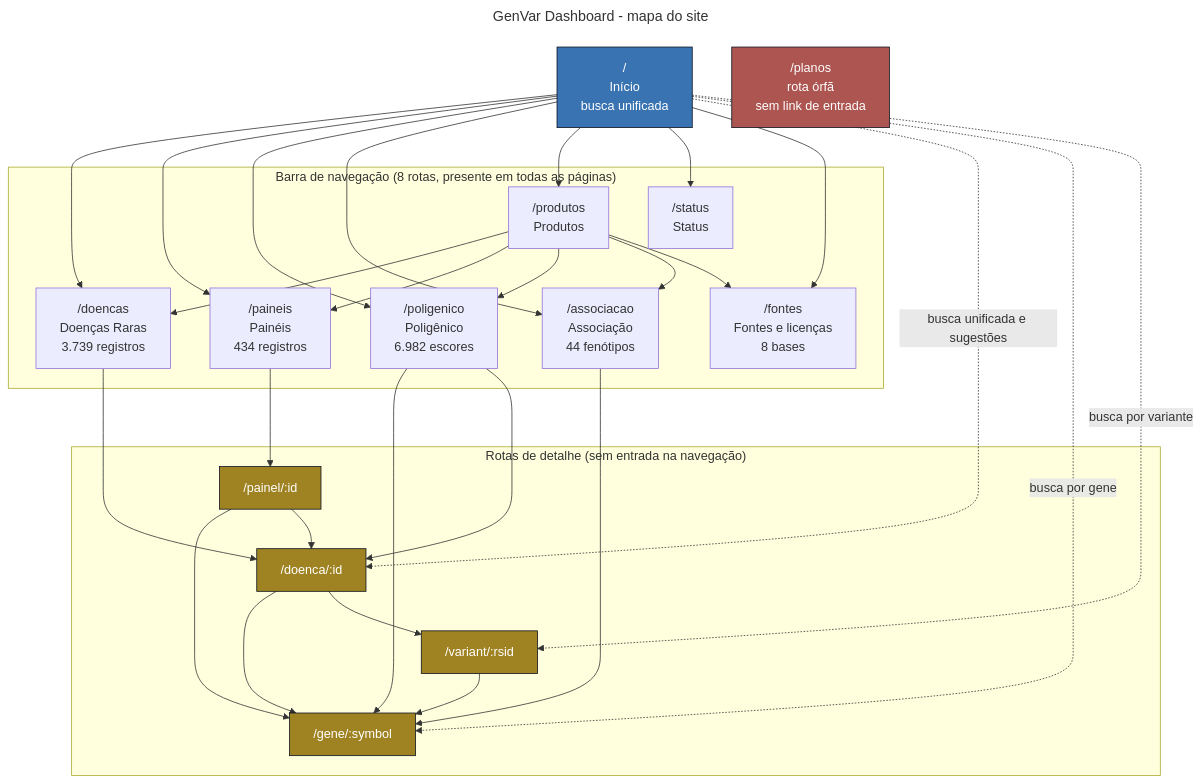
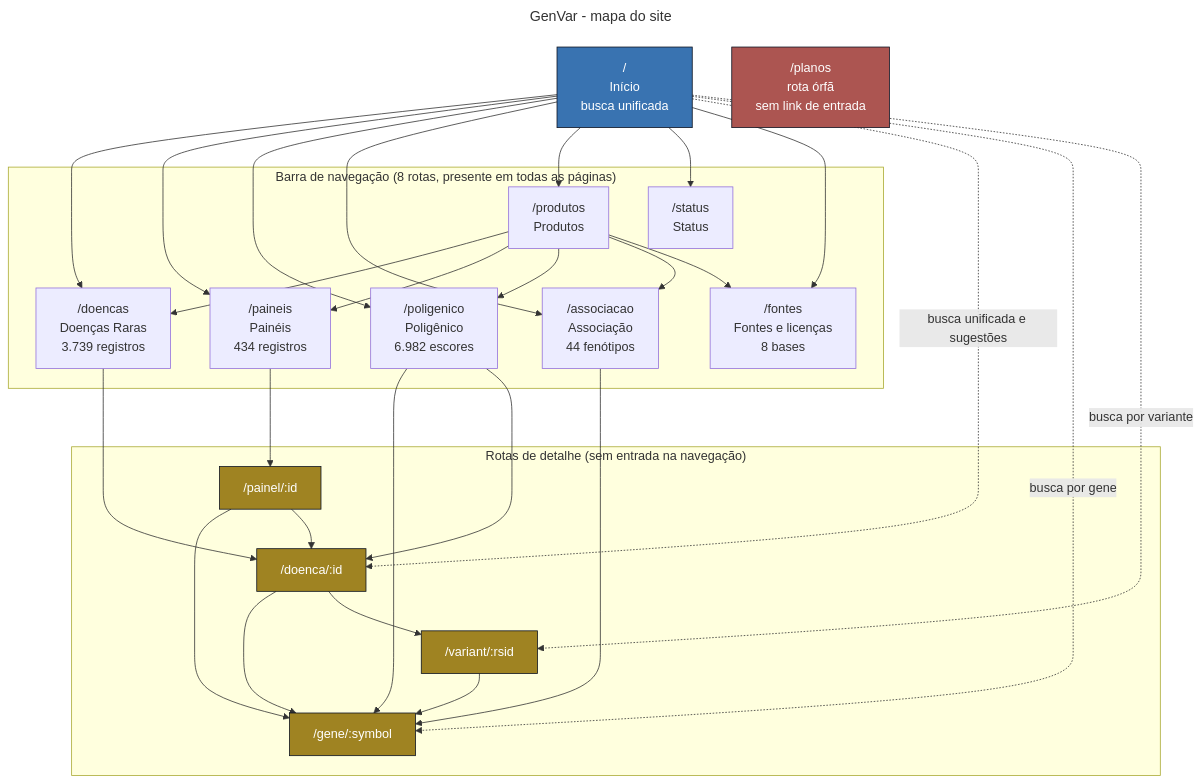
One commit to madsondeluna/genvar changed the diagram in docs/sitemap.mmd. Above: the diagram before and after it, drawn with Mermaid. The commit also changed 13 other files, not shown here.

First line of the commit message:
Rename to GenVar and crop the brand mark to its ink

```diff
--- a/docs/sitemap.mmd
+++ b/docs/sitemap.mmd
@@ -1,60 +1,60 @@
 ---
-title: GenVar Dashboard - mapa do site
+title: GenVar - mapa do site
 ---
 flowchart TD
   home["/<br>Início<br>busca unificada"]
 
   subgraph nav["Barra de navegação (8 rotas, presente em todas as páginas)"]
     doencas["/doencas<br>Doenças Raras<br>3.739 registros"]
     paineis["/paineis<br>Painéis<br>434 registros"]
     polig["/poligenico<br>Poligênico<br>6.982 escores"]
     assoc["/associacao<br>Associação<br>44 fenótipos"]
     prod["/produtos<br>Produtos"]
     status["/status<br>Status"]
     fontes["/fontes<br>Fontes e licenças<br>8 bases"]
   end
 
   subgraph det["Rotas de detalhe (sem entrada na navegação)"]
     doenca["/doenca/:id"]
     painel["/painel/:id"]
     gene["/gene/:symbol"]
     variant["/variant/:rsid"]
   end
 
   orfa["/planos<br>rota órfã<br>sem link de entrada"]
 
   home --> doencas
   home --> paineis
   home --> polig
   home --> assoc
   home --> prod
   home --> status
   home --> fontes
 
   home -. "busca unificada e sugestões" .-> doenca
   home -. "busca por gene" .-> gene
   home -. "busca por variante" .-> variant
 
   doencas --> doenca
   paineis --> painel
   prod --> doencas
   prod --> paineis
   prod --> polig
   prod --> assoc
   prod --> fontes
 
   doenca --> gene
   doenca --> variant
   painel --> gene
   painel --> doenca
   polig --> gene
   polig --> doenca
   assoc --> gene
   variant --> gene
 
   classDef entrada fill:#3973b1,stroke:#0d1321,color:#ffffff
   classDef detalhe fill:#9f8322,stroke:#0d1321,color:#ffffff
   classDef problema fill:#ac5551,stroke:#0d1321,color:#ffffff
   class home entrada
   class doenca,painel,gene,variant detalhe
   class orfa problema
```
